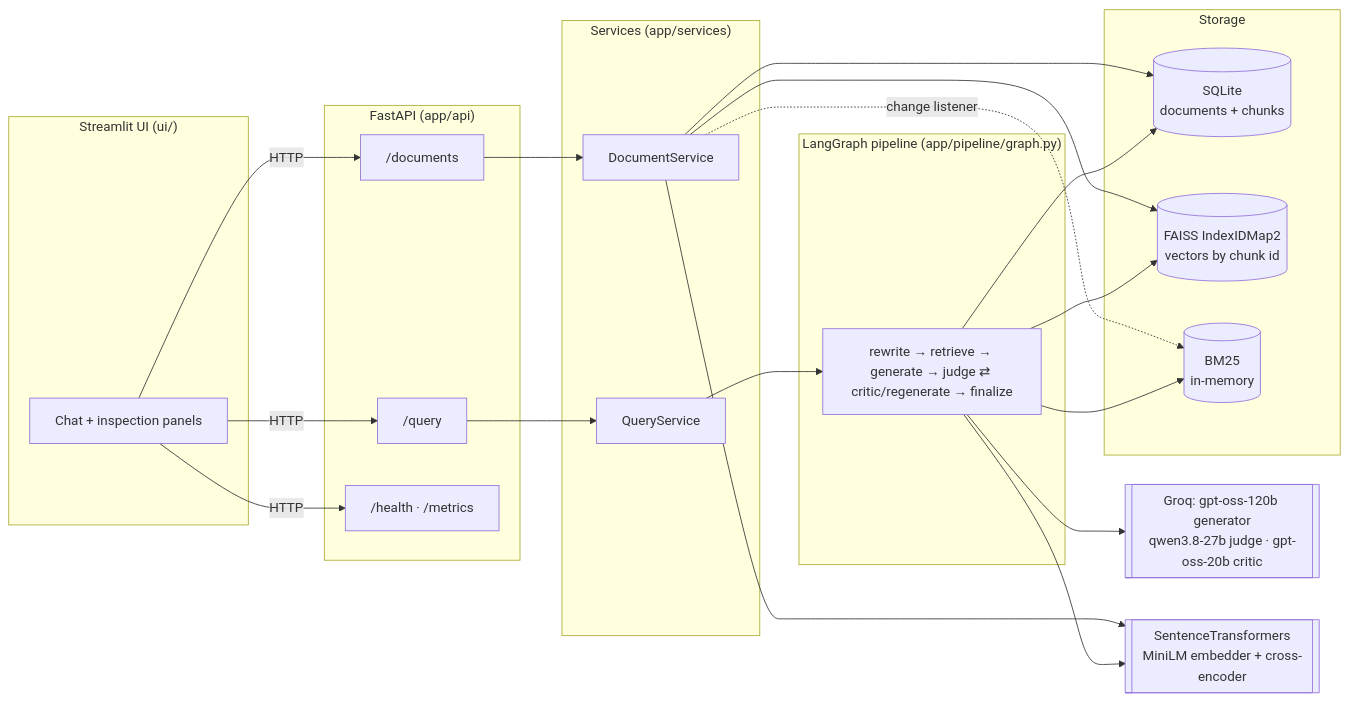
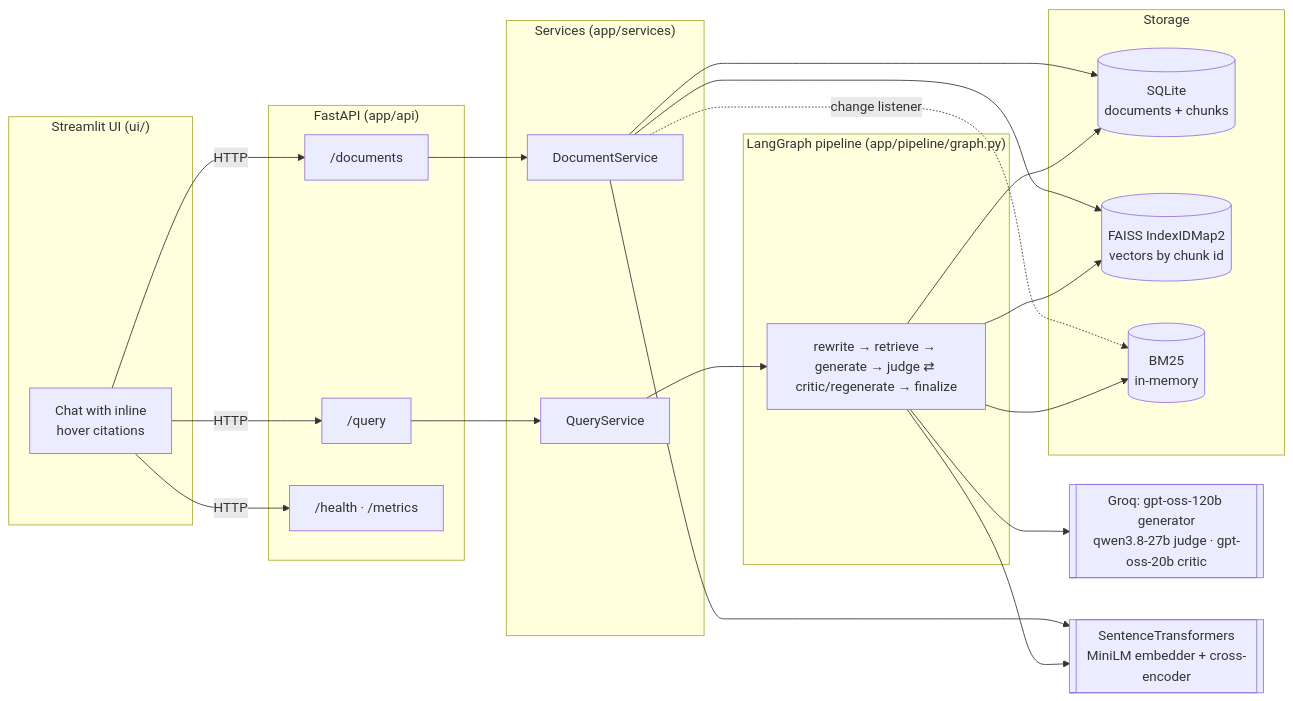
Before and after one commit to kalyani-2024/adversarial-rag: the first of 2 diagrams in docs/ARCHITECTURE.md, drawn with Mermaid. The commit also changed other lines of this file and 8 other files, not shown here.

First line of the commit message:
Chat-style UI with inline hover citations; diagnostics moved to backend logs

````diff
--- a/docs/ARCHITECTURE.md
+++ b/docs/ARCHITECTURE.md
@@ -7,33 +7,33 @@
 ```mermaid
 flowchart LR
     subgraph UI["Streamlit UI (ui/)"]
-        U[Chat + inspection panels]
+        U[Chat with inline<br/>hover citations]
     end
     subgraph API["FastAPI (app/api)"]
         R1["/documents"]
         R2["/query"]
         R3["/health · /metrics"]
     end
     subgraph Services["Services (app/services)"]
         DS[DocumentService]
         QS[QueryService]
     end
     subgraph Pipeline["LangGraph pipeline (app/pipeline/graph.py)"]
         G[rewrite → retrieve → generate → judge ⇄ critic/regenerate → finalize]
     end
     subgraph Storage
         SQL[(SQLite<br/>documents + chunks)]
         FAISS[(FAISS IndexIDMap2<br/>vectors by chunk id)]
         BM25[(BM25<br/>in-memory)]
     end
     LLM[[Groq: gpt-oss-120b generator<br/>qwen3.8-27b judge · gpt-oss-20b critic]]
     ST[[SentenceTransformers<br/>MiniLM embedder + cross-encoder]]
 
     U -- HTTP --> R1 & R2 & R3
     R1 --> DS --> SQL & FAISS
     DS -. change listener .-> BM25
     R2 --> QS --> G
     G --> FAISS & BM25 & SQL
     G --> LLM
     DS & G --> ST
 ```
````
